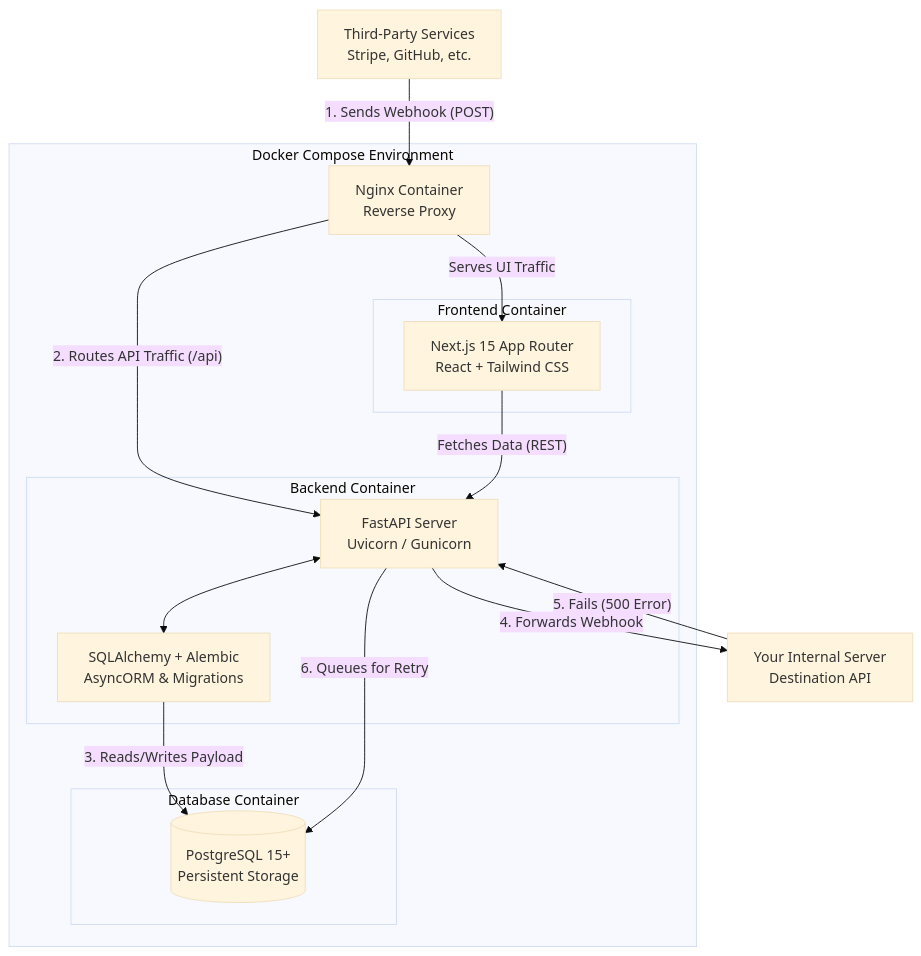
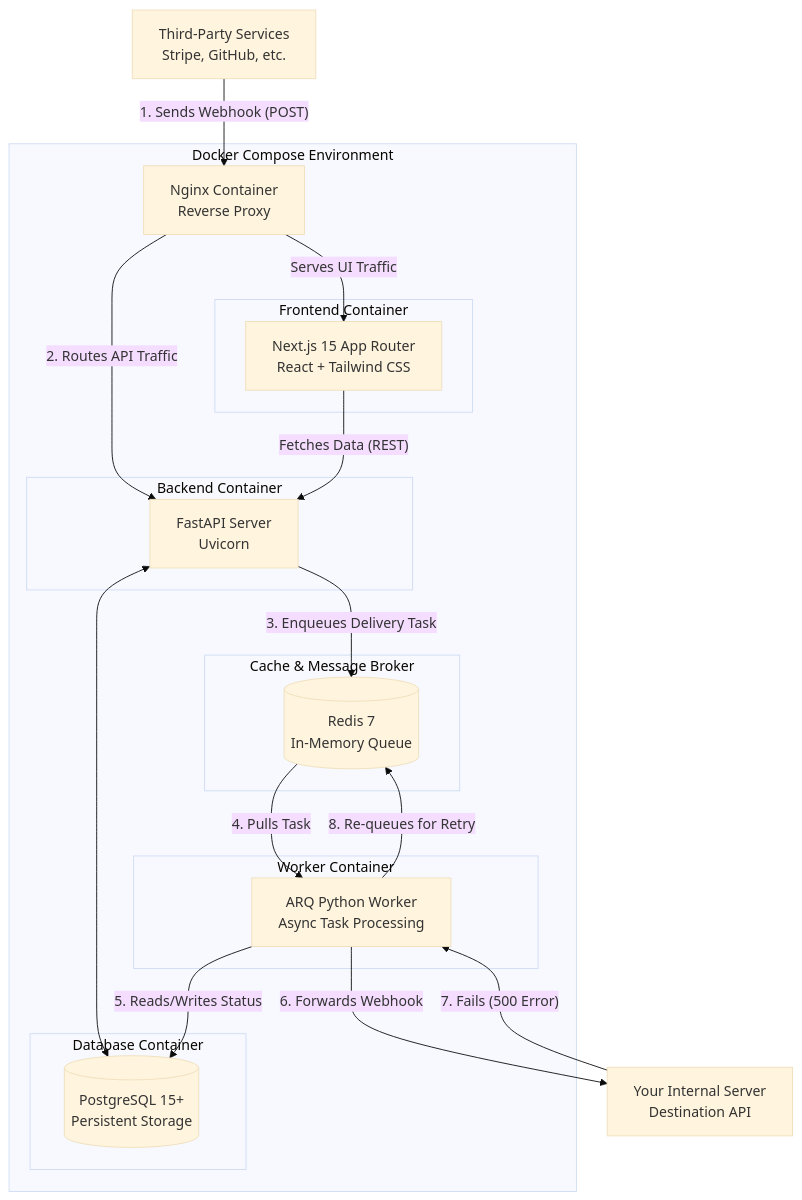
The diagram in README.md (singhabhigyan007devil-cpu/smart-webhook-proxy), drawn with Mermaid (base theme) before and after one commit. The commit also changed other lines of this file, not shown here.

Commit message:
docs: update README to reflect architectural transition to ARQ task queue and Redis integration

````diff
--- a/README.md
+++ b/README.md
@@ -24,35 +25,44 @@
 ```mermaid
 graph TD
     %% External Entities
     ThirdParty[Third-Party Services<br/>Stripe, GitHub, etc.]
     Destination[Your Internal Server<br/>Destination API]
     
     %% Docker Compose Network
     subgraph Docker Compose Environment
         Nginx[Nginx Container<br/>Reverse Proxy]
         
         subgraph Frontend Container
             UI[Next.js 15 App Router<br/>React + Tailwind CSS]
         end
         
         subgraph Backend Container
-            API[FastAPI Server<br/>Uvicorn / Gunicorn]
-            ORM[SQLAlchemy + Alembic<br/>AsyncORM & Migrations]
+            API[FastAPI Server<br/>Uvicorn]
+        end
+        
+        subgraph Worker Container
+            Worker[ARQ Python Worker<br/>Async Task Processing]
+        end
+        
+        subgraph Cache & Message Broker
+            Redis[(Redis 7<br/>In-Memory Queue)]
         end
         
         subgraph Database Container
             DB[(PostgreSQL 15+<br/>Persistent Storage)]
         end
     end
 
     %% Data Flow
     ThirdParty -- "1. Sends Webhook (POST)" --> Nginx
-    Nginx -- "2. Routes API Traffic (/api)" --> API
+    Nginx -- "2. Routes API Traffic" --> API
     Nginx -- "Serves UI Traffic" --> UI
     UI -- "Fetches Data (REST)" --> API
-    API <--> ORM
-    ORM -- "3. Reads/Writes Payload" --> DB
-    API -- "4. Forwards Webhook" --> Destination
-    Destination -- "5. Fails (500 Error)" --> API
-    API -- "6. Queues for Retry" --> DB
+    API <--> DB
+    API -- "3. Enqueues Delivery Task" --> Redis
+    Redis -- "4. Pulls Task" --> Worker
+    Worker -- "5. Reads/Writes Status" --> DB
+    Worker -- "6. Forwards Webhook" --> Destination
+    Destination -- "7. Fails (500 Error)" --> Worker
+    Worker -- "8. Re-queues for Retry" --> Redis
 ```
````
